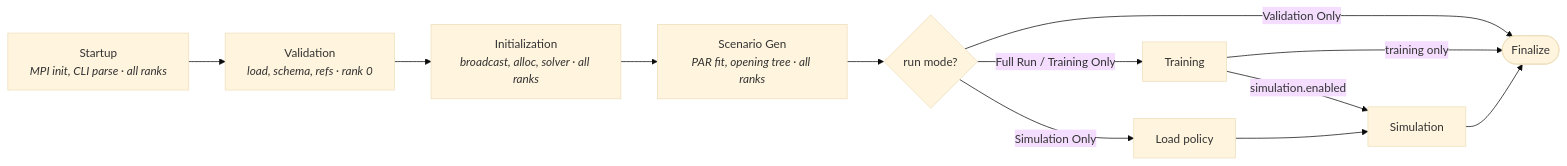
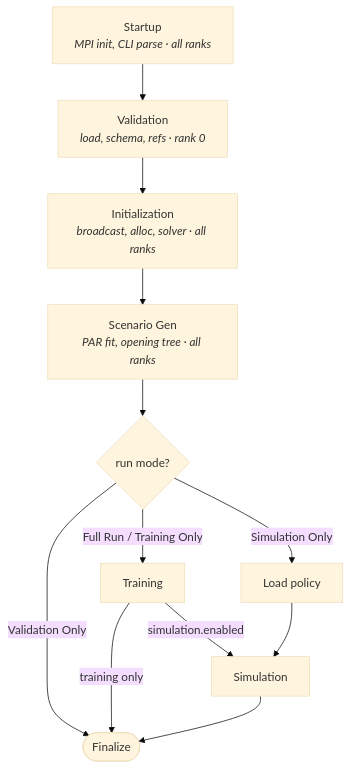
One commit to cobre-rs/cobre-docs changed the diagram in src/specs/architecture/cli-and-lifecycle.md. Above: the diagram before and after it, drawn with Mermaid (base theme). The commit also changed 5 other files, not shown here.

````diff
--- a/src/specs/architecture/cli-and-lifecycle.md
+++ b/src/specs/architecture/cli-and-lifecycle.md
@@ -132,21 +132,21 @@
 ```mermaid
-flowchart LR
+flowchart TB
     S["Startup<br/><i>MPI init, CLI parse · all ranks</i>"]
     V["Validation<br/><i>load, schema, refs · rank 0</i>"]
     I["Initialization<br/><i>broadcast, alloc, solver · all ranks</i>"]
     G["Scenario Gen<br/><i>PAR fit, opening tree · all ranks</i>"]
     M{"run mode?"}
     T["Training"]
     LP["Load policy"]
     SIM["Simulation"]
     F(["Finalize"])
 
     S --> V --> I --> G --> M
     M -->|Full Run / Training Only| T
     M -->|Simulation Only| LP
     M -->|Validation Only| F
     T -->|simulation.enabled| SIM
     T -->|training only| F
     LP --> SIM
     SIM --> F
 ```
````
